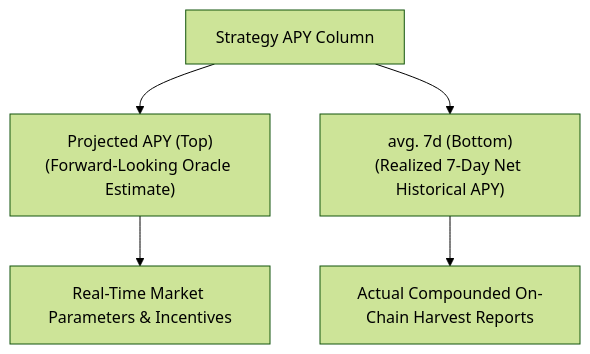
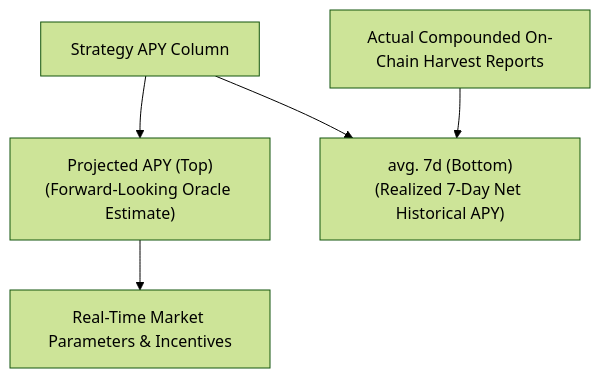
Before and after one commit to aihedge-finance/aihedge-doc: the second of 2 diagrams in docs/live-features/yield-vaults/understanding-charts-and-apy.mdx, drawn with Mermaid (forest theme). The commit also changed other lines of this file and 7 other files, not shown here.

````diff
--- a/docs/live-features/yield-vaults/understanding-charts-and-apy.mdx
+++ b/docs/live-features/yield-vaults/understanding-charts-and-apy.mdx
@@ -103,7 +104,7 @@
 ```mermaid
 graph TD
     A["Strategy APY Column"] --> B["Projected APY (Top)<br/>(Forward-Looking Oracle Estimate)"]
     A --> C["avg. 7d (Bottom)<br/>(Realized 7-Day Net Historical APY)"]
     B --> D["Real-Time Market Parameters & Incentives"]
-    C --> E["Actual Compounded On-Chain Harvest Reports"]
+    E["Actual Compounded On-Chain Harvest Reports"] --> C
 ```
````
